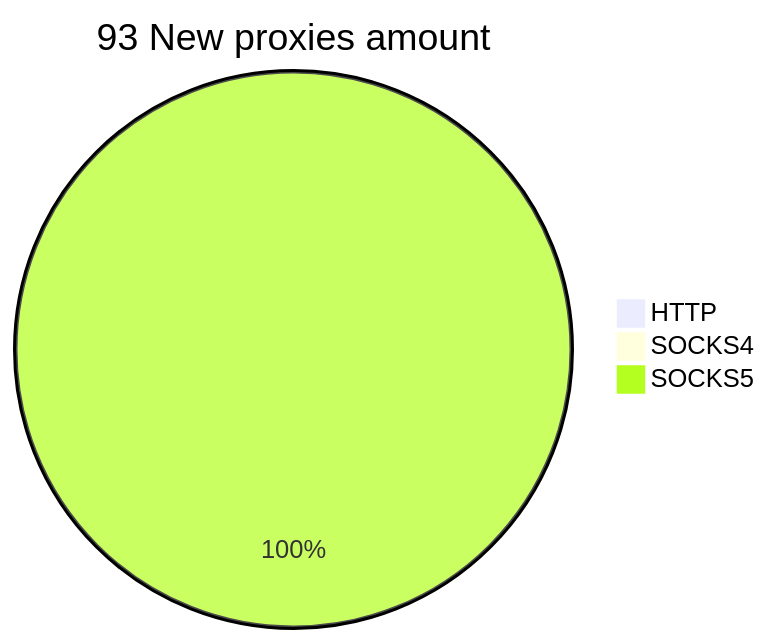
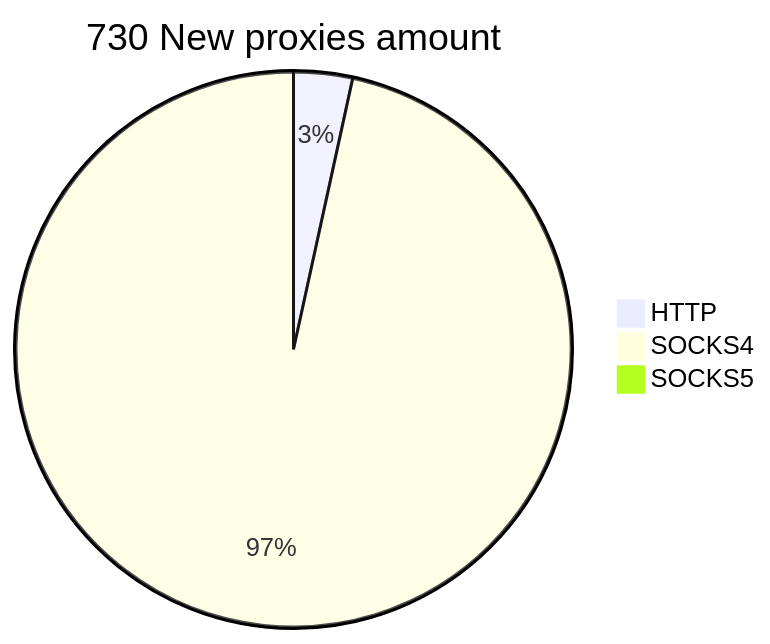
One commit to cutipu/proxylist changed the second of 2 diagrams in README.md. Above: the diagram before and after it, drawn with Mermaid. The commit also changed other lines of this file, not shown here.

````diff
--- a/README.md
+++ b/README.md
@@ -10,6 +10,6 @@
 ```mermaid
-pie title 93 New proxies amount
-    "HTTP" : 0
-    "SOCKS4" : 0
-    "SOCKS5" : 93
+pie title 730 New proxies amount
+    "HTTP" : 25
+    "SOCKS4" : 705
+    "SOCKS5" : 0
 ```
````
